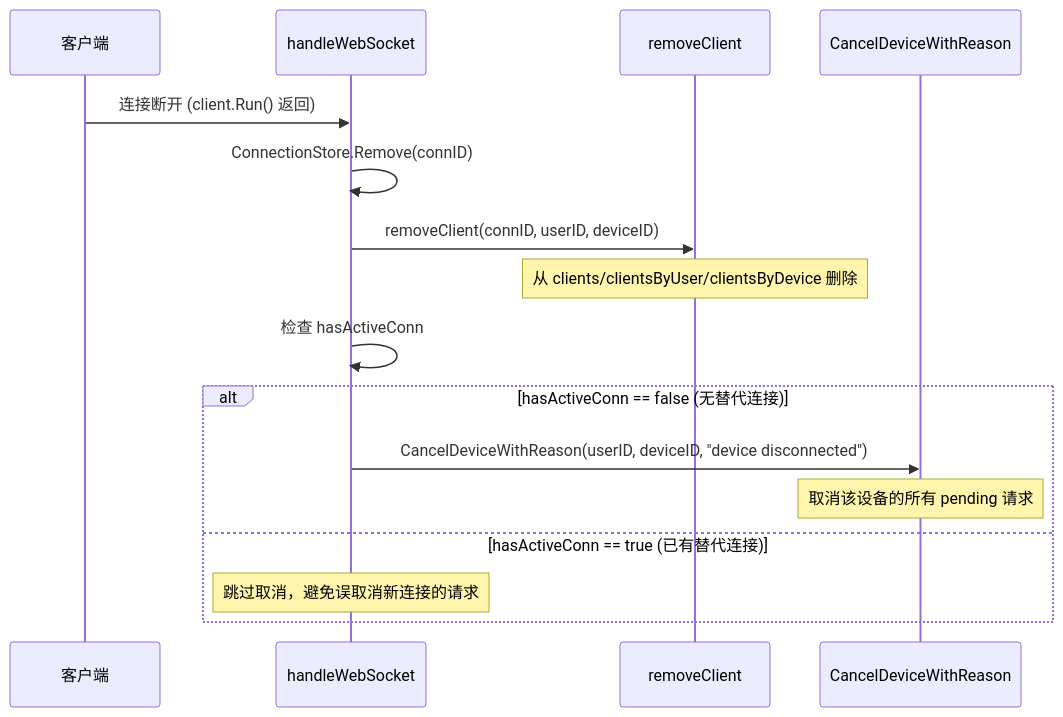
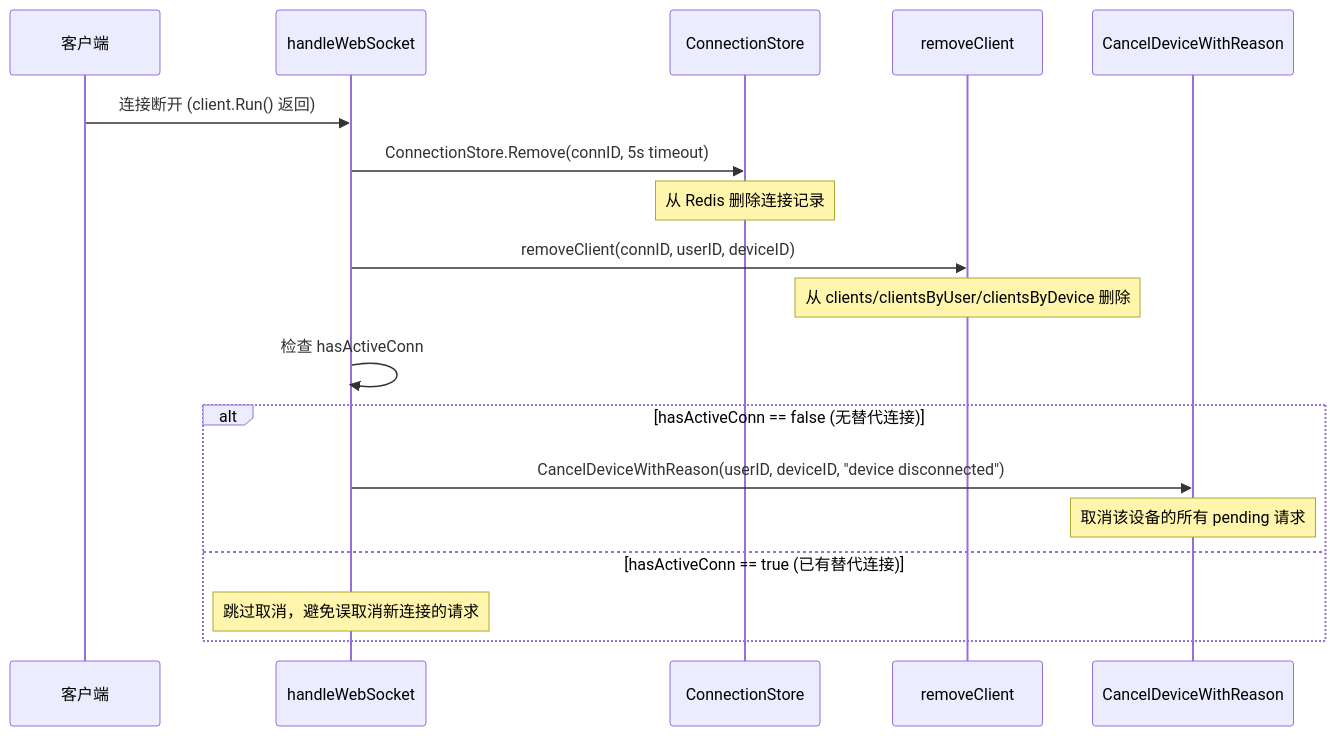
Diagram 11 of 12 in wiki/flows/reverse-rpc.md (PineappleBond/xyncra-server), drawn with Mermaid before and after one commit. The commit also changed other lines of this file and 21 other files, not shown here.

````diff
--- a/wiki/flows/reverse-rpc.md
+++ b/wiki/flows/reverse-rpc.md
@@ -782,20 +784,22 @@
 ```mermaid
 sequenceDiagram
     participant Client as 客户端
     participant Handler as handleWebSocket
+    participant CS as ConnectionStore
     participant RC as removeClient
     participant CD as CancelDeviceWithReason
 
     Client->>Handler: 连接断开 (client.Run() 返回)
-    Handler->>Handler: ConnectionStore.Remove(connID)
+    Handler->>CS: ConnectionStore.Remove(connID, 5s timeout)
+    Note over CS: 从 Redis 删除连接记录
     Handler->>RC: removeClient(connID, userID, deviceID)
     Note over RC: 从 clients/clientsByUser/clientsByDevice 删除
 
     Handler->>Handler: 检查 hasActiveConn
     alt hasActiveConn == false (无替代连接)
         Handler->>CD: CancelDeviceWithReason(userID, deviceID, "device disconnected")
         Note over CD: 取消该设备的所有 pending 请求
     else hasActiveConn == true (已有替代连接)
         Note over Handler: 跳过取消，避免误取消新连接的请求
     end
 ```
````
